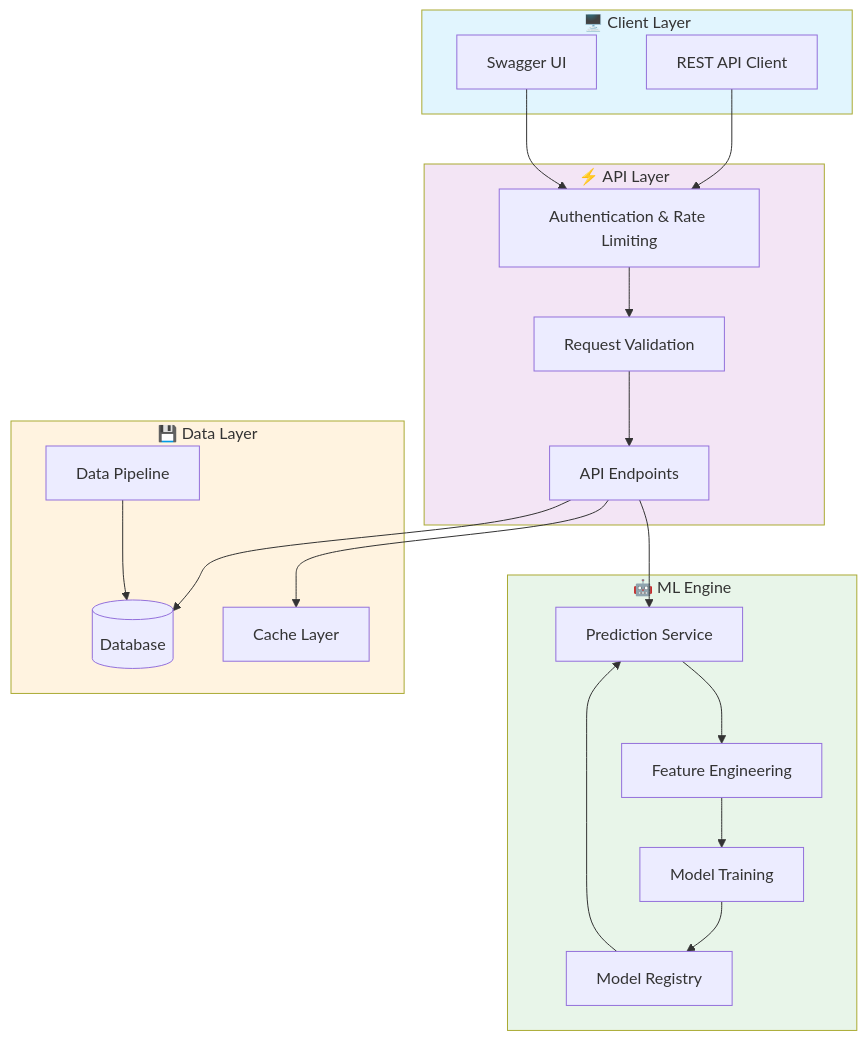
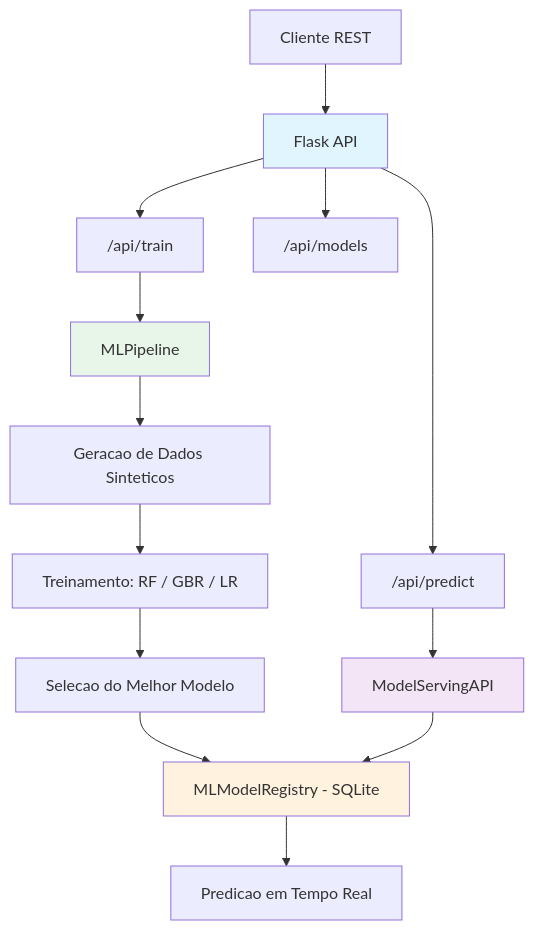
One commit to galafis/ibm-machine-learning-capstone changed the first of 2 diagrams in README.md. Above: the diagram before and after it, drawn with Mermaid. The commit also changed other lines of this file, not shown here.

````diff
--- a/README.md
+++ b/README.md
@@ -40,42 +44,20 @@
 ```mermaid
-graph TB
-    subgraph Client["🖥️ Client Layer"]
-        A[REST API Client]
-        B[Swagger UI]
-    end
-    
-    subgraph API["⚡ API Layer"]
-        C[Authentication & Rate Limiting]
-        D[Request Validation]
-        E[API Endpoints]
-    end
-    
-    subgraph ML["🤖 ML Engine"]
-        F[Feature Engineering]
-        G[Model Training]
-        H[Prediction Service]
-        I[Model Registry]
-    end
-    
-    subgraph Data["💾 Data Layer"]
-        J[(Database)]
-        K[Cache Layer]
-        L[Data Pipeline]
-    end
-    
-    A --> C
-    B --> C
-    C --> D --> E
-    E --> H
-    E --> J
-    H --> F --> G
-    G --> I
-    I --> H
-    E --> K
-    L --> J
-    
-    style Client fill:#e1f5fe
-    style API fill:#f3e5f5
-    style ML fill:#e8f5e9
-    style Data fill:#fff3e0
+graph TD
+    A[Cliente REST] --> B[Flask API]
+    B --> C["/api/train"]
+    B --> D["/api/predict"]
+    B --> E["/api/models"]
+    C --> F[MLPipeline]
+    F --> G[Geracao de Dados Sinteticos]
+    G --> H[Treinamento: RF / GBR / LR]
+    H --> I[Selecao do Melhor Modelo]
+    I --> J[MLModelRegistry - SQLite]
+    D --> K[ModelServingAPI]
+    K --> J
+    J --> L[Predicao em Tempo Real]
+
+    style B fill:#e1f5fe
+    style F fill:#e8f5e9
+    style J fill:#fff3e0
+    style K fill:#f3e5f5
 ```
````
